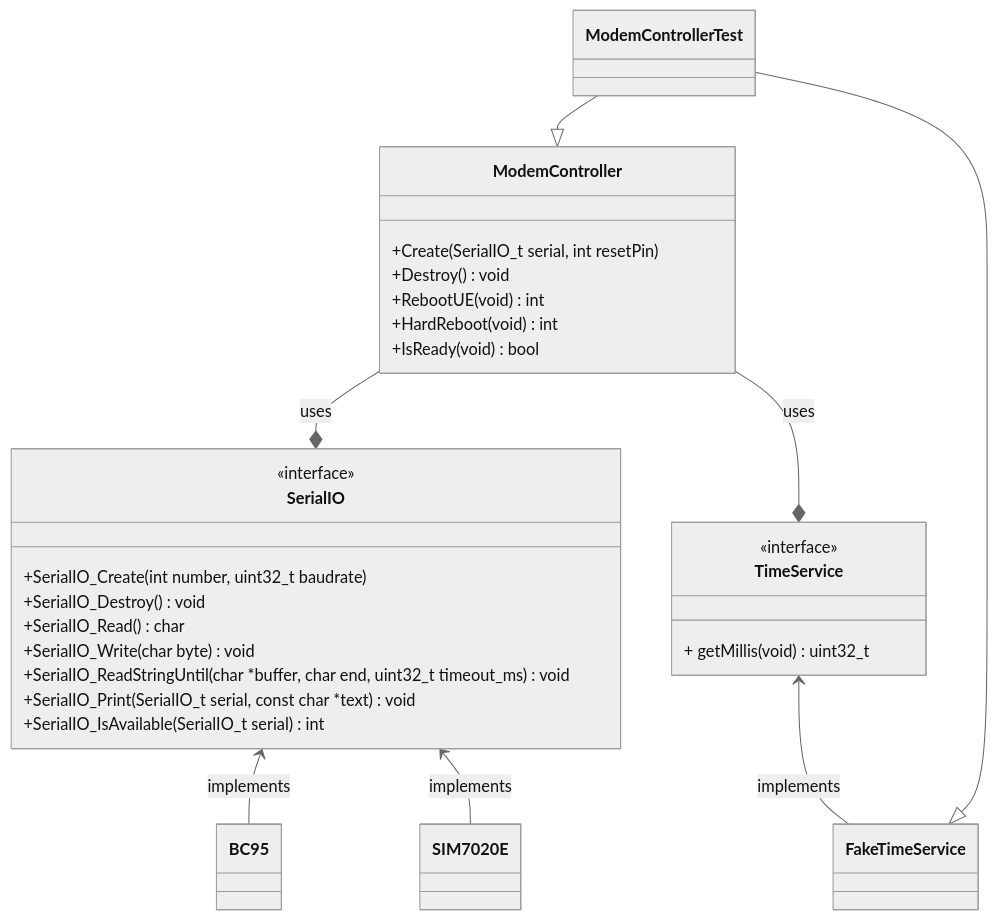
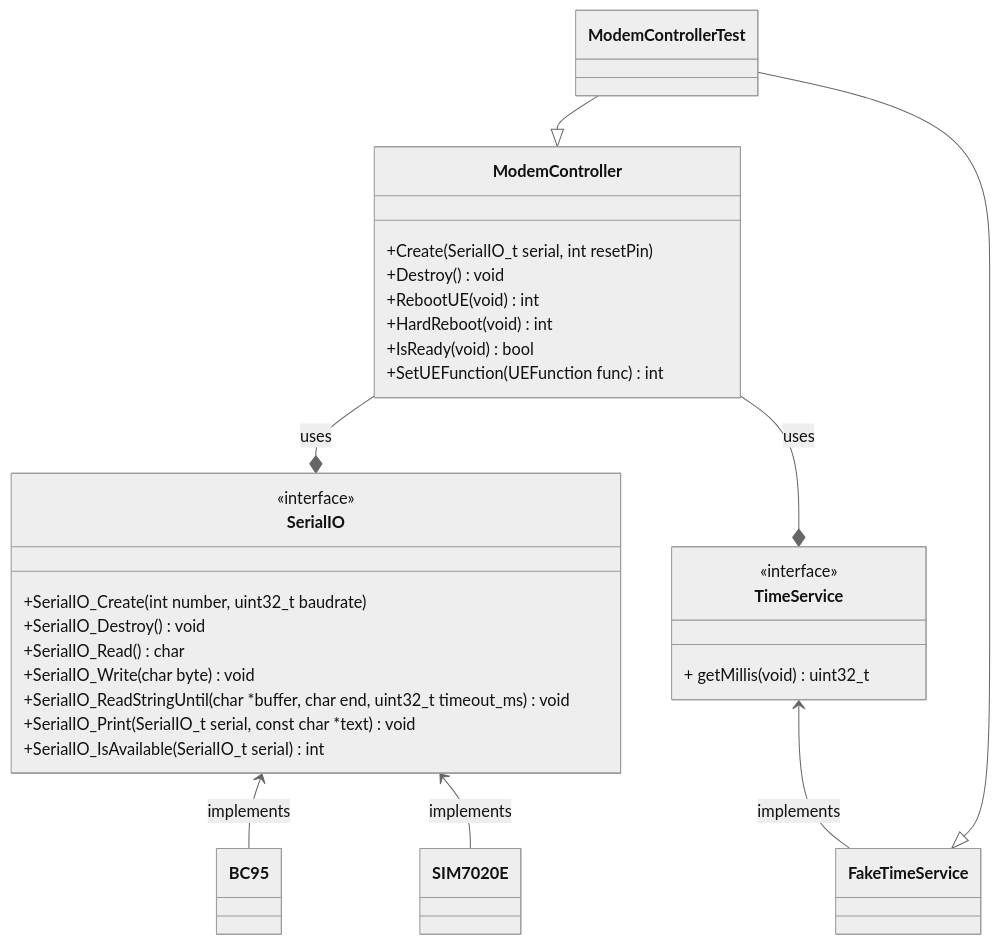
Before and after one commit to aungkhantmaw64/BC95Driver: the diagram in README.md, drawn with Mermaid (neutral theme).

Commit message:
Add SetUEFunction

````diff
--- a/README.md
+++ b/README.md
@@ -7,49 +7,50 @@
 ```mermaid
 classDiagram
     class ModemControllerTest{
 
     }
 
     class ModemController{
         +Create(SerialIO_t serial, int resetPin)
         +Destroy() void
         +RebootUE(void) int
         +HardReboot(void) int
         +IsReady(void) bool
+        +SetUEFunction(UEFunction func) int
     }
 
     class TimeService{
         <<interface>>
         + getMillis(void) uint32_t
     }
 
     class FakeTimeService{
 
     }
 
     class SerialIO{
         <<interface>>
         +SerialIO_Create(int number, uint32_t baudrate)
         +SerialIO_Destroy() void
         +SerialIO_Read() char
         +SerialIO_Write(char byte) void
         +SerialIO_ReadStringUntil(char *buffer, char end, uint32_t timeout_ms) void
     +SerialIO_Print(SerialIO_t serial, const char *text) void
     +SerialIO_IsAvailable(SerialIO_t serial) int
     }
 
     class BC95{
 
     }
     class SIM7020E{
 
     }
     ModemControllerTest --|> ModemController
     ModemControllerTest --|> FakeTimeService
     ModemController --* SerialIO: uses
     SerialIO <-- BC95: implements
     SerialIO <-- SIM7020E: implements
     ModemController --* TimeService: uses
     TimeService <-- FakeTimeService: implements
 
 ```
````
